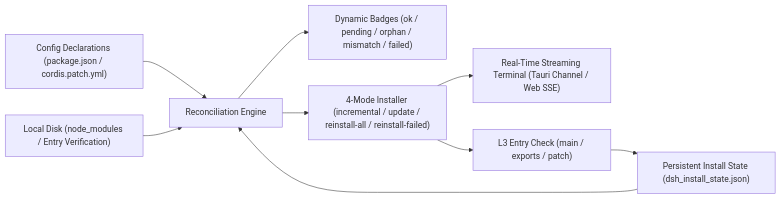
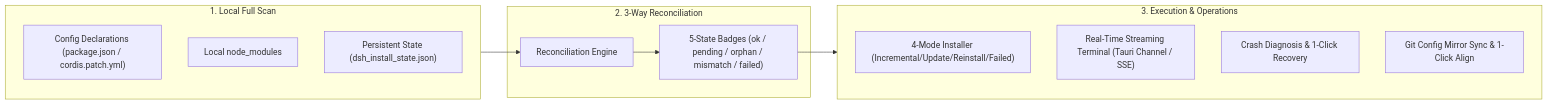
Before and after one commit to Nomit8088/AGENT_CONFIG_MANAGE: the diagram in README.en.md, drawn with Mermaid. The commit also changed other lines of this file and 37 other files, not shown here.

````diff
--- a/README.en.md
+++ b/README.en.md
@@ -151,12 +42,23 @@
 ```mermaid
 flowchart LR
-    Config["Config Declarations (package.json / cordis.patch.yml)"] --> ReconcileEngine["Reconciliation Engine"]
-    Disk["Local Disk (node_modules / Entry Verification)"] --> ReconcileEngine
-    State["Persistent Install State (dsh_install_state.json)"] --> ReconcileEngine
+    subgraph Scan["1. Local Full Scan"]
+        Config["Config Declarations (package.json / cordis.patch.yml)"]
+        Disk["Local node_modules"]
+        State["Persistent State (dsh_install_state.json)"]
+    end
 
-    ReconcileEngine --> StatusBadge["Dynamic Badges (ok / pending / orphan / mismatch / failed)"]
-    ReconcileEngine --> Installer["4-Mode Installer (incremental / update / reinstall-all / reinstall-failed)"]
-    Installer --> Terminal["Real-Time Streaming Terminal (Tauri Channel / Web SSE)"]
-    Installer --> L3Check["L3 Entry Check (main / exports / patch)"]
-    L3Check --> State
+    subgraph Reconcile["2. 3-Way Reconciliation"]
+        Engine["Reconciliation Engine"]
+        Badges["5-State Badges (ok / pending / orphan / mismatch / failed)"]
+    end
+
+    subgraph Actions["3. Execution & Operations"]
+        Installer["4-Mode Installer (Incremental/Update/Reinstall/Failed)"]
+        Terminal["Real-Time Streaming Terminal (Tauri Channel / SSE)"]
+        Diagnose["Crash Diagnosis & 1-Click Recovery"]
+        Sync["Git Config Mirror Sync & 1-Click Align"]
+    end
+
+    Scan --> Engine --> Badges
+    Badges --> Actions
 ```
````
